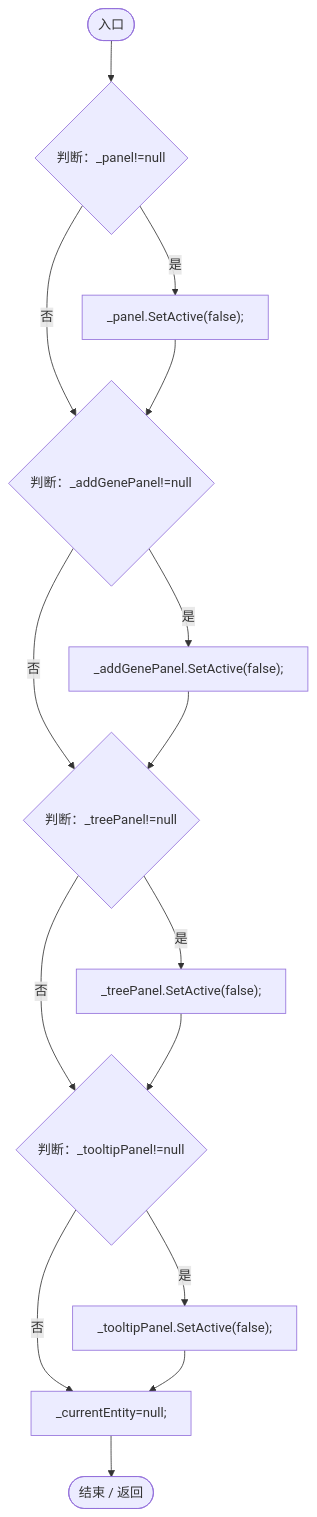
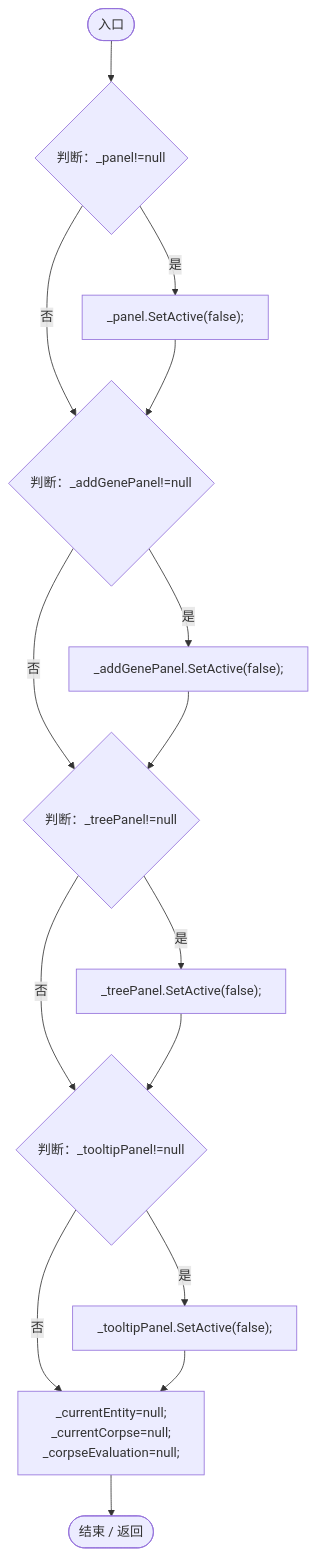
One commit to xhs6666/Darwin_paradise changed diagram 14 of 36 in Docs/运行流程图/脚本/924e27c34e7b1f0a.md. Above: the diagram before and after it, drawn with Mermaid. The commit also changed other lines of this file and 184 other files, not shown here.

````diff
--- a/Docs/运行流程图/脚本/924e27c34e7b1f0a.md
+++ b/Docs/运行流程图/脚本/924e27c34e7b1f0a.md
@@ -621,29 +654,29 @@
 ```mermaid
 flowchart TD
   b0(["入口"])
   b1{"判断：_panel!=null"}
   b2["_panel.SetActive(false);"]
   b3{"判断：_addGenePanel!=null"}
   b4["_addGenePanel.SetActive(false);"]
   b5{"判断：_treePanel!=null"}
   b6["_treePanel.SetActive(false);"]
   b7{"判断：_tooltipPanel!=null"}
   b8["_tooltipPanel.SetActive(false);"]
-  b9["_currentEntity=null;"]
+  b9["_currentEntity=null;<br/>_currentCorpse=null;<br/>_corpseEvaluation=null;"]
   b10(["结束 / 返回"])
   b0 --> b1
   b1 -->|"是"| b2
   b1 -->|"否"| b3
   b2 --> b3
   b3 -->|"是"| b4
   b3 -->|"否"| b5
   b4 --> b5
   b5 -->|"是"| b6
   b5 -->|"否"| b7
   b6 --> b7
   b7 -->|"是"| b8
   b7 -->|"否"| b9
   b8 --> b9
   b9 --> b10
 
 ```
````
